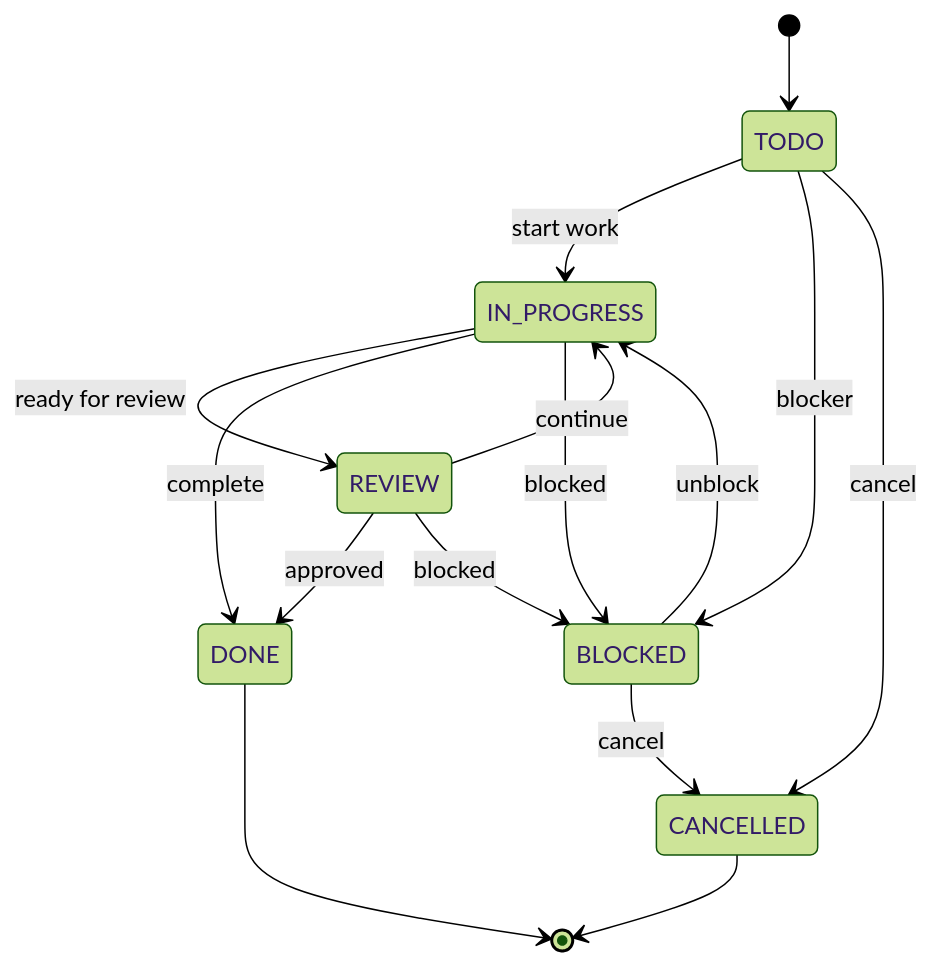
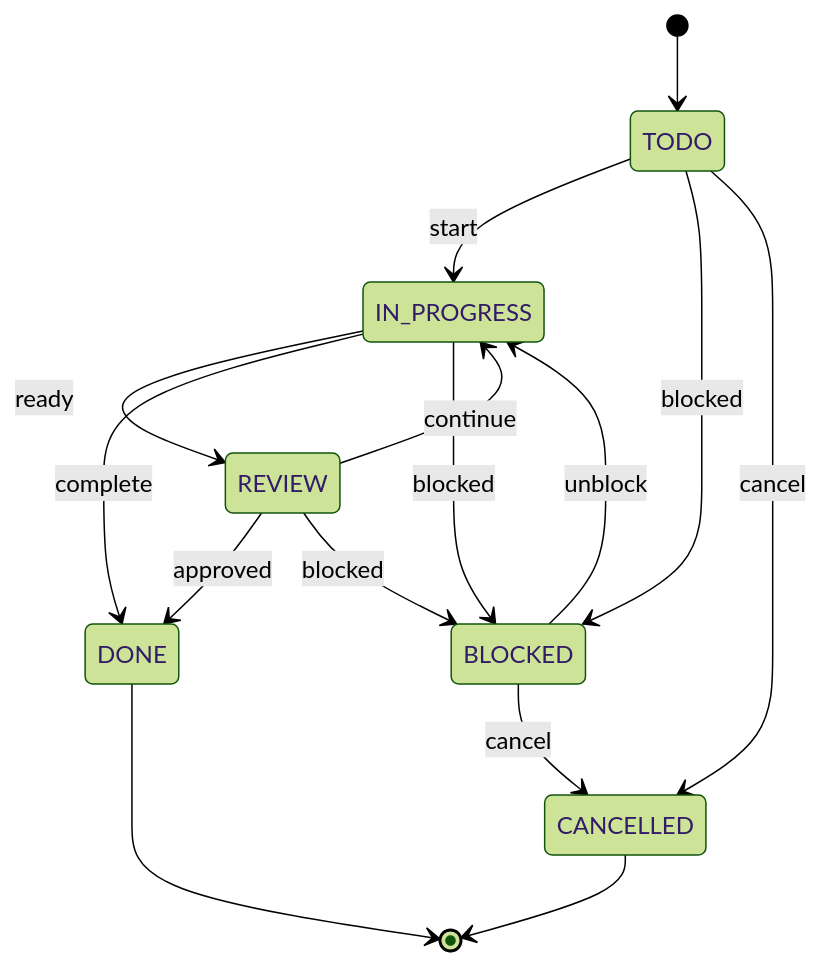
The second of 4 diagrams in README.md (ask444d/vibeboard), drawn with Mermaid (forest theme) before and after one commit. The commit also changed other lines of this file, not shown here.

Commit message:
Simplify and clean the README architecture section for readability

````diff
--- a/README.md
+++ b/README.md
@@ -174,22 +170,22 @@
 ```mermaid
 stateDiagram-v2
   [*] --> TODO
 
-  TODO --> IN_PROGRESS: start work
-  TODO --> BLOCKED: blocker
+  TODO --> IN_PROGRESS: start
+  TODO --> BLOCKED: blocked
   TODO --> CANCELLED: cancel
 
-  IN_PROGRESS --> REVIEW: ready for review
+  IN_PROGRESS --> REVIEW: ready
   IN_PROGRESS --> DONE: complete
   IN_PROGRESS --> BLOCKED: blocked
 
   REVIEW --> DONE: approved
   REVIEW --> IN_PROGRESS: continue
   REVIEW --> BLOCKED: blocked
 
   BLOCKED --> IN_PROGRESS: unblock
   BLOCKED --> CANCELLED: cancel
 
   DONE --> [*]
   CANCELLED --> [*]
 ```
````
